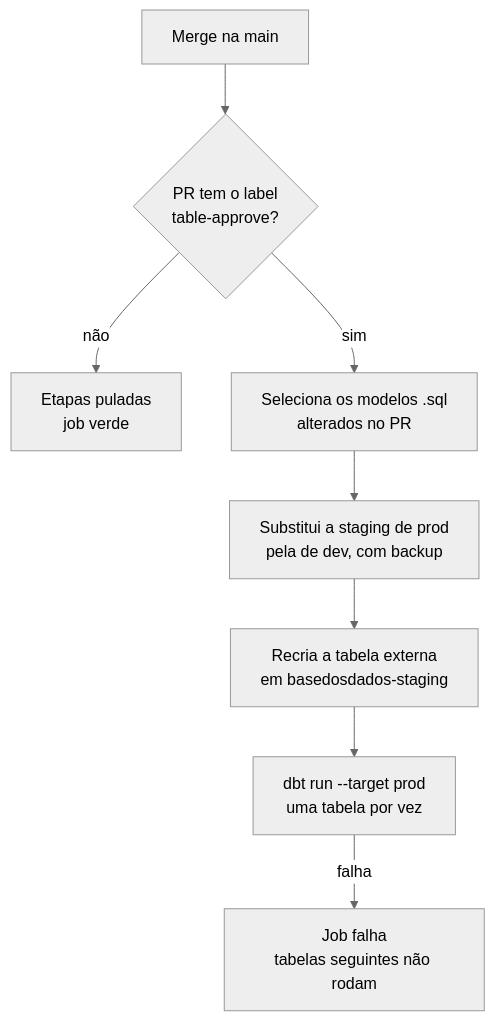
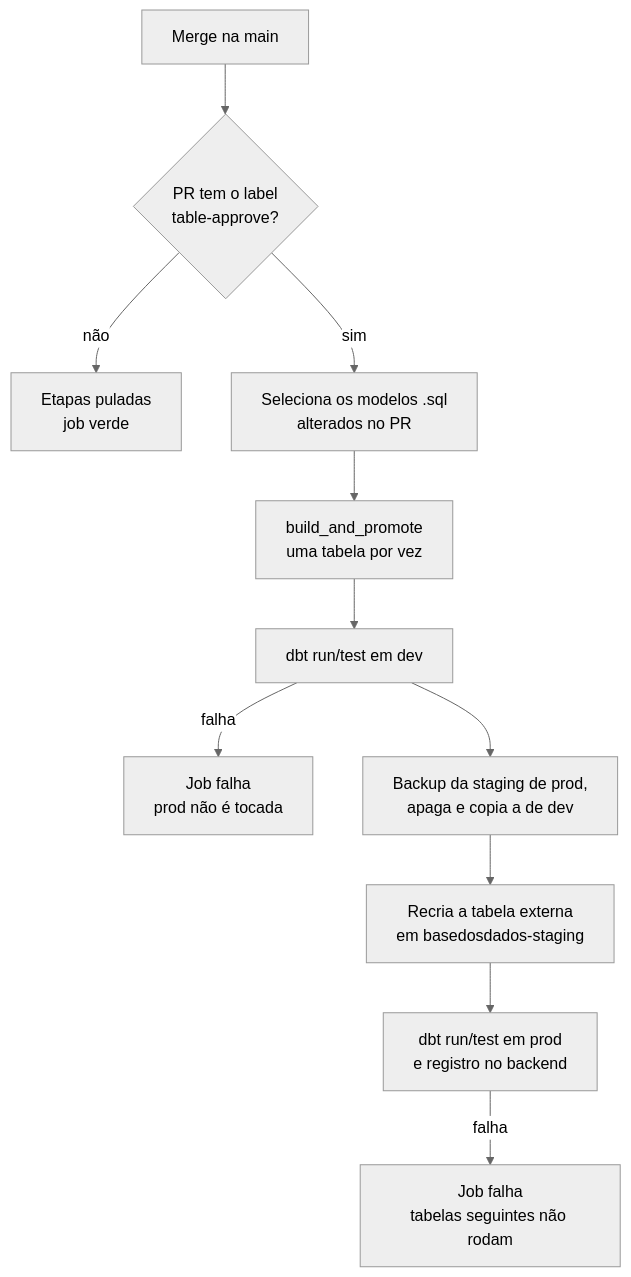
Before and after one commit to basedosdados/manual-equipe-dados: the diagram in docs/pipelines/explicacao/table-approve.md, drawn with Mermaid (neutral theme). The commit also changed other lines of this file and 2 other files, not shown here.

First line of the commit message:
docs: table-approve passa pelo build_and_promote (pipelines#2327)

````diff
--- a/docs/pipelines/explicacao/table-approve.md
+++ b/docs/pipelines/explicacao/table-approve.md
@@ -31,10 +31,13 @@
 ```mermaid
 flowchart TD
     A[Merge na main] --> C{PR tem o label<br/>table-approve?}
     C -- não --> X[Etapas puladas<br/>job verde]
     C -- sim --> D[Seleciona os modelos .sql<br/>alterados no PR]
-    D --> F[Substitui a staging de prod<br/>pela de dev, com backup]
+    D --> B[build_and_promote<br/>uma tabela por vez]
+    B --> E[dbt run/test em dev]
+    E -- falha --> Y[Job falha<br/>prod não é tocada]
+    E --> F[Backup da staging de prod,<br/>apaga e copia a de dev]
     F --> G[Recria a tabela externa<br/>em basedosdados-staging]
-    G --> H[dbt run --target prod<br/>uma tabela por vez]
-    H -- falha --> Y[Job falha<br/>tabelas seguintes não rodam]
+    G --> H[dbt run/test em prod<br/>e registro no backend]
+    H -- falha --> Z[Job falha<br/>tabelas seguintes não rodam]
 ```
````
